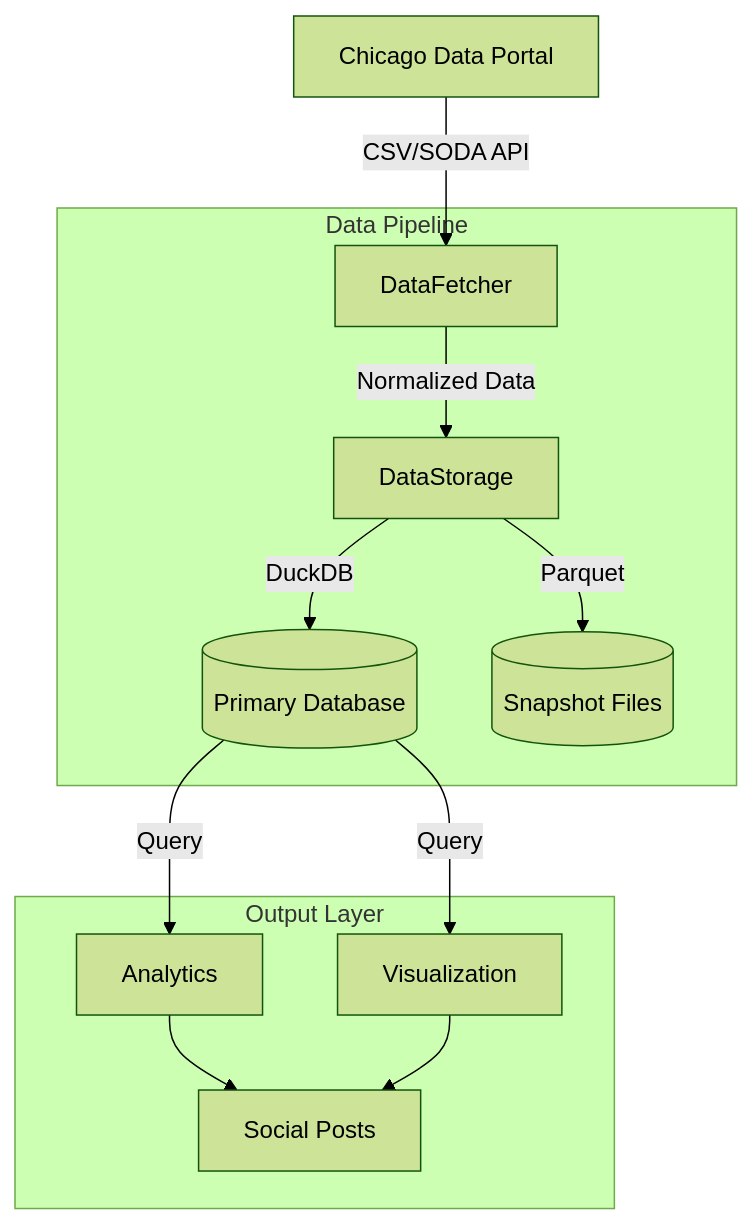
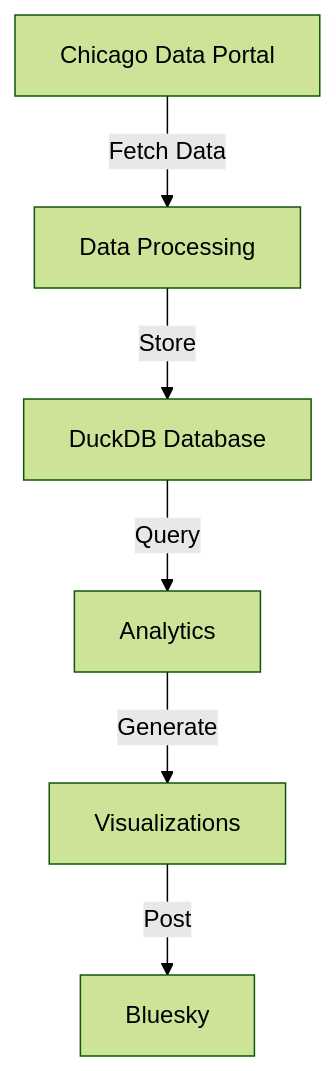
One commit to MisterClean/chicago-dig-bot changed the diagram in README.md. Above: the diagram before and after it, drawn with Mermaid (forest theme). The commit also changed other lines of this file, not shown here.

````diff
--- a/README.md
+++ b/README.md
@@ -285,24 +16,8 @@
 ```mermaid
 graph TD
-    A[Chicago Data Portal] -->|CSV/SODA API| B[DataFetcher]
-    B -->|Normalized Data| C[DataStorage]
-    C -->|DuckDB| D[(Primary Database)]
-    C -->|Parquet| E[(Snapshot Files)]
-    D -->|Query| F[Analytics]
-    D -->|Query| G[Visualization]
-    F --> H[Social Posts]
-    G --> H
-    
-    subgraph "Data Pipeline"
-        B
-        C
-        D
-        E
-    end
-    
-    subgraph "Output Layer"
-        F
-        G
-        H
-    end
+    A[Chicago Data Portal] -->|Fetch Data| B[Data Processing]
+    B -->|Store| C[DuckDB Database]
+    C -->|Query| D[Analytics]
+    D -->|Generate| E[Visualizations]
+    E -->|Post| F[Bluesky]
 ```
````
